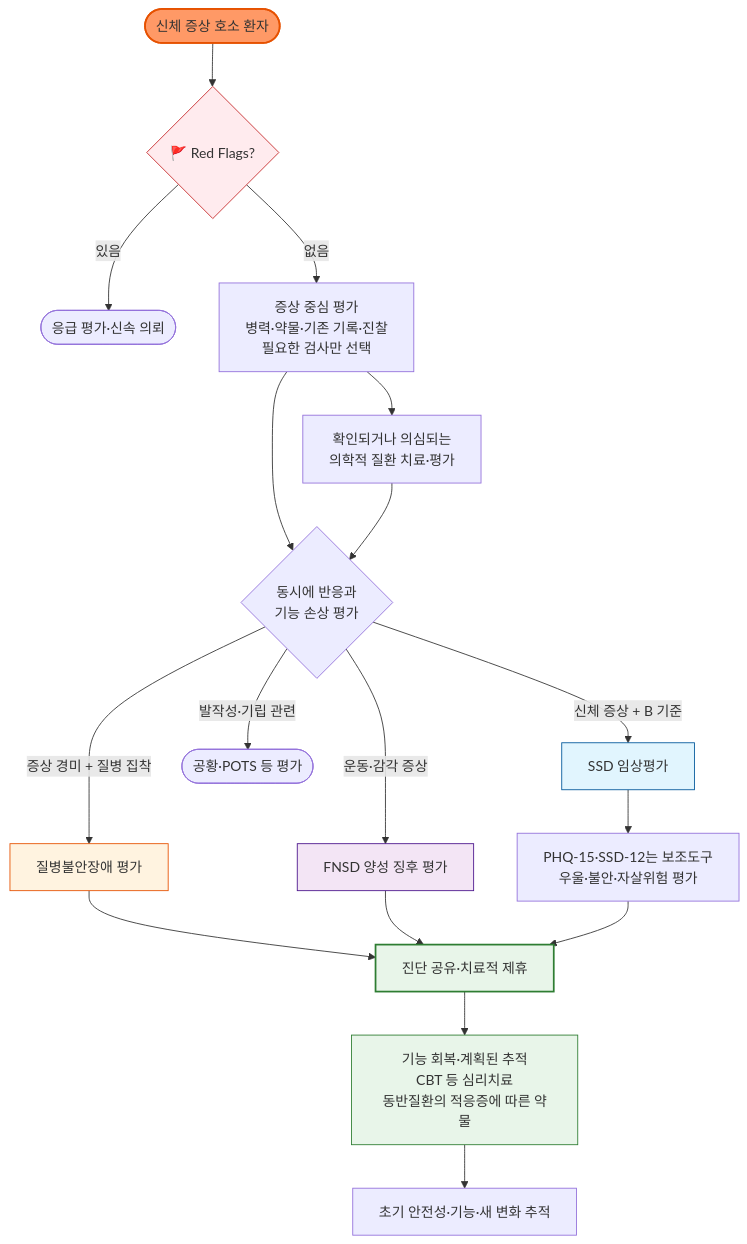
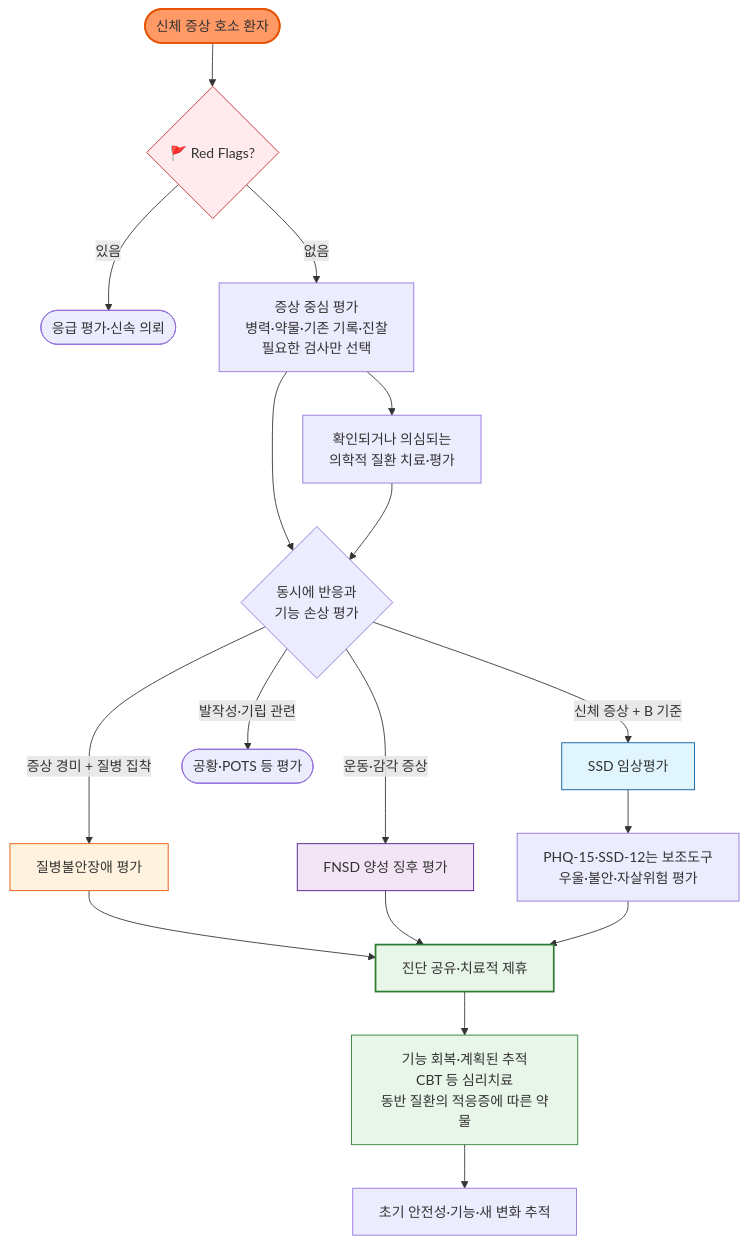
Before and after one commit to familyoh77/familyoh77: the diagram in 221_/031_-somatic-symptom-disorder.md, drawn with Mermaid. The commit also changed other lines of this file and 14 other files, not shown here.

````diff
--- a/221_/031_-somatic-symptom-disorder.md
+++ b/221_/031_-somatic-symptom-disorder.md
@@ -337,27 +337,27 @@
 ```mermaid
 graph TD
     Start([신체 증상 호소 환자]) --> RedFlag{🚩 Red Flags?}
     RedFlag -->|있음| Referral([응급 평가·신속 의뢰])
     RedFlag -->|없음| BasicEval[증상 중심 평가<br/>병력·약물·기존 기록·진찰<br/>필요한 검사만 선택]
     BasicEval --> Medical[확인되거나 의심되는<br/>의학적 질환 치료·평가]
     BasicEval --> Pattern{동시에 반응과<br/>기능 손상 평가}
     Medical --> Pattern
     Pattern -->|신체 증상 + B 기준| SSD[SSD 임상평가]
     Pattern -->|증상 경미 + 질병 집착| IAD[질병불안장애 평가]
     Pattern -->|운동·감각 증상| FNSD[FNSD 양성 징후 평가]
     Pattern -->|발작성·기립 관련| Other([공황·POTS 등 평가])
     SSD --> Scale[PHQ-15·SSD-12는 보조도구<br/>우울·불안·자살위험 평가]
     IAD --> Framing[진단 공유·치료적 제휴]
     FNSD --> Framing
     Scale --> Framing
-    Framing --> Treatment[기능 회복·계획된 추적<br/>CBT 등 심리치료<br/>동반질환의 적응증에 따른 약물]
+    Framing --> Treatment[기능 회복·계획된 추적<br/>CBT 등 심리치료<br/>동반 질환의 적응증에 따른 약물]
     Treatment --> FU[초기 안전성·기능·새 변화 추적]
 
     style Start fill:#f96,stroke:#e65100,stroke-width:2px
     style RedFlag fill:#ffebee,stroke:#c62828
     style SSD fill:#e1f5fe,stroke:#01579b
     style IAD fill:#fff3e0,stroke:#e65100
     style FNSD fill:#f3e5f5,stroke:#4a148c
     style Framing fill:#e8f5e9,stroke:#2e7d32,stroke-width:2px
     style Treatment fill:#e8f5e9,stroke:#2e7d32
 ```
````
